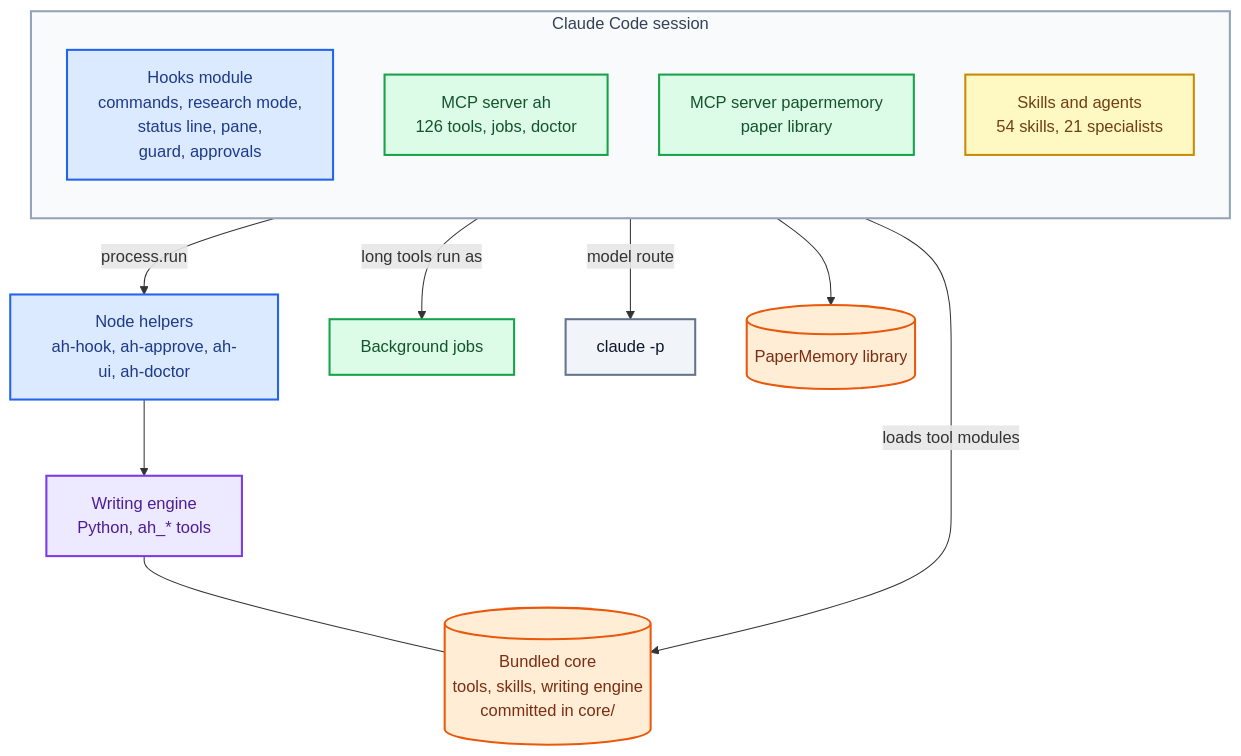
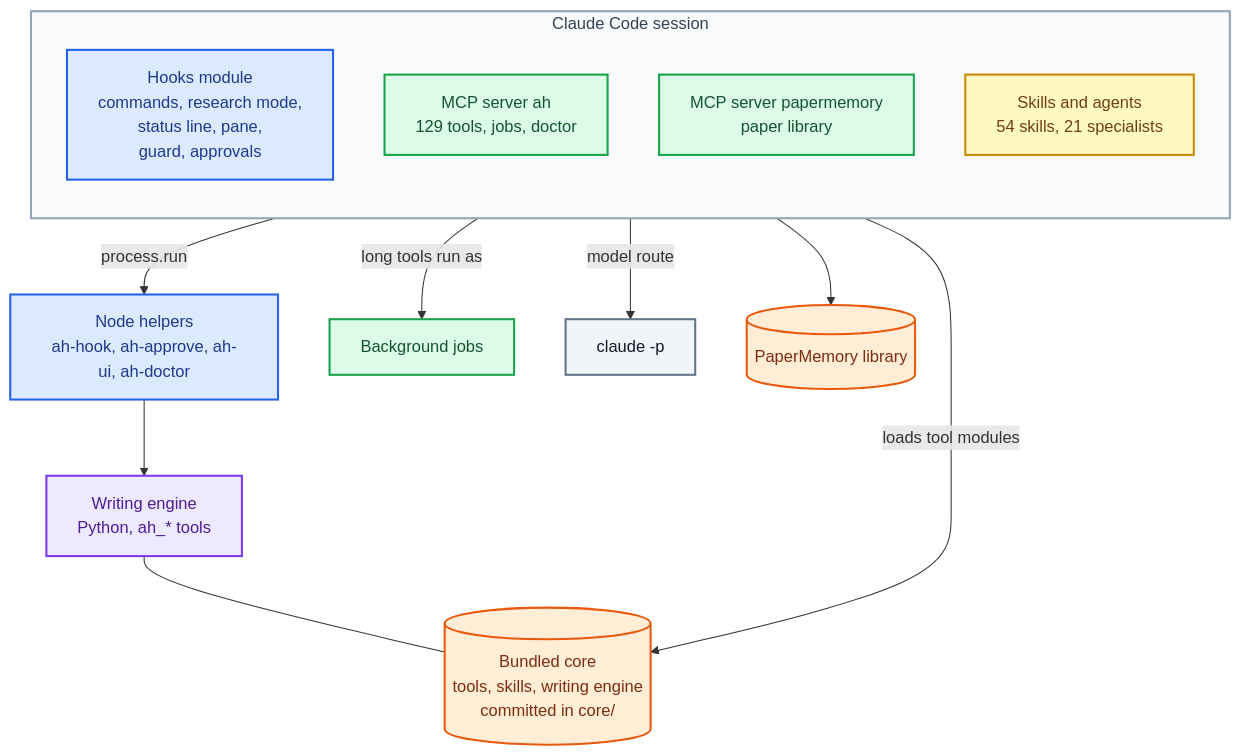
Before and after one commit to raktim-mondol/cc-mod-academic-harness: the diagram in docs/assets/architecture.mmd, drawn with Mermaid. The commit also changed 48 other files, not shown here.

```diff
--- a/docs/assets/architecture.mmd
+++ b/docs/assets/architecture.mmd
@@ -1,29 +1,29 @@
 flowchart TB
   subgraph CC["Claude Code session"]
     direction TB
     H["Hooks module<br/>commands, research mode,<br/>status line, pane,<br/>guard, approvals"]
-    AH["MCP server ah<br/>126 tools, jobs, doctor"]
+    AH["MCP server ah<br/>129 tools, jobs, doctor"]
     PM["MCP server papermemory<br/>paper library"]
     SK["Skills and agents<br/>54 skills, 21 specialists"]
   end
   H -->|"process.run"| BIN["Node helpers<br/>ah-hook, ah-approve, ah-ui, ah-doctor"]
   BIN --> ENG["Writing engine<br/>Python, ah_* tools"]
   AH -->|"loads tool modules"| UP[("Bundled core<br/>tools, skills, writing engine<br/>committed in core/")]
   AH -->|"long tools run as"| JOBS["Background jobs"]
   AH -->|"model route"| CLI["claude -p"]
   ENG --- UP
   PM --> LIB[("PaperMemory library")]
 
   classDef hooks fill:#dbeafe,stroke:#2563eb,stroke-width:2px,color:#1e3a8a
   classDef server fill:#dcfce7,stroke:#16a34a,stroke-width:2px,color:#14532d
   classDef content fill:#fef9c3,stroke:#ca8a04,stroke-width:2px,color:#713f12
   classDef engine fill:#ede9fe,stroke:#7c3aed,stroke-width:2px,color:#4c1d95
   classDef store fill:#ffedd5,stroke:#ea580c,stroke-width:2px,color:#7c2d12
   classDef outside fill:#f1f5f9,stroke:#64748b,stroke-width:2px,color:#0f172a
   class H,BIN hooks
   class AH,PM,JOBS server
   class SK content
   class ENG engine
   class UP,LIB store
   class CLI outside
   style CC fill:#f8fafc,stroke:#94a3b8,stroke-width:2px,color:#334155
```
